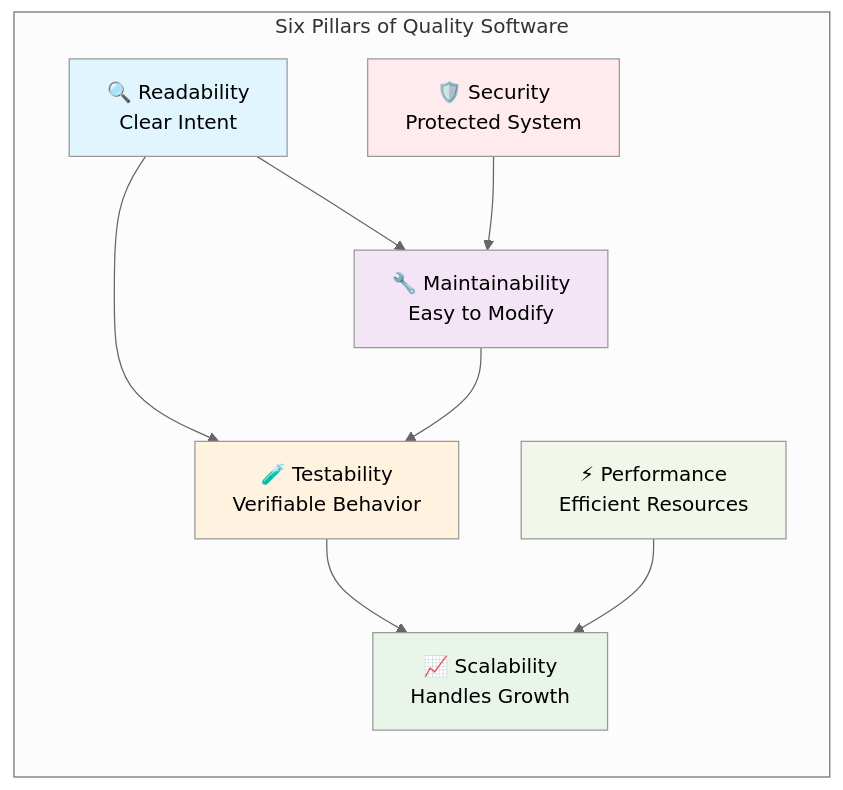
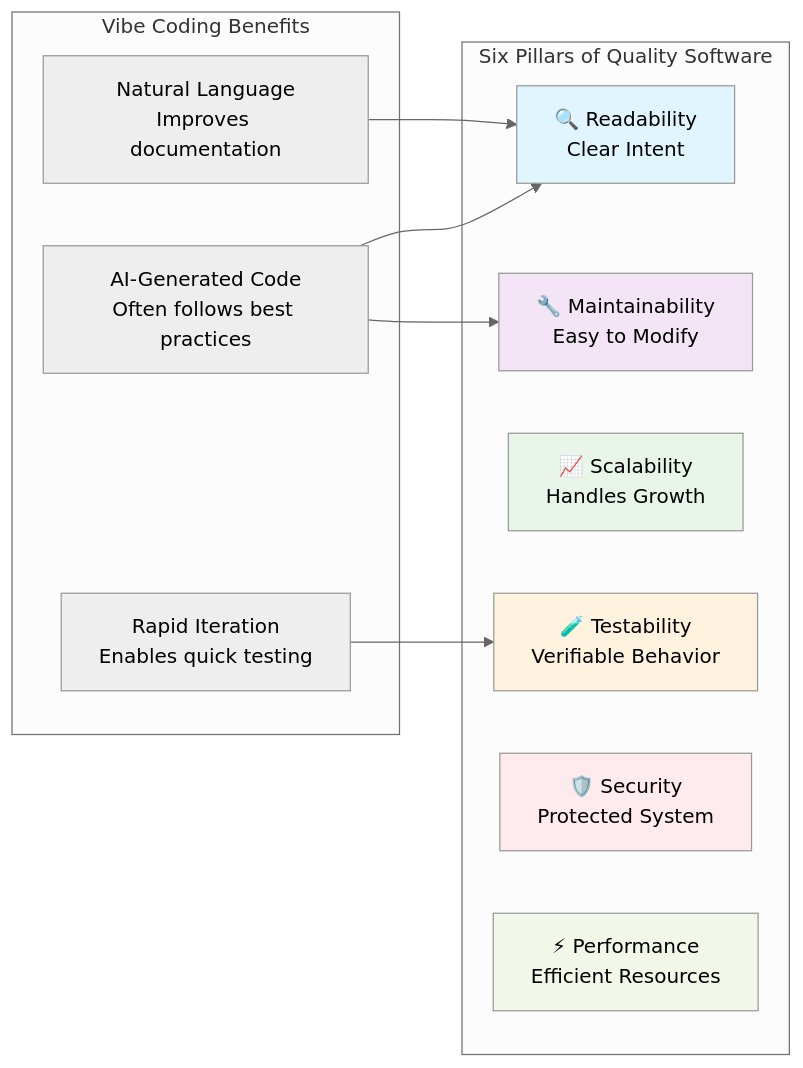
The second of 2 diagrams in chapters/chapter-01.md (hunkim/VibeSoftwareEngineering), drawn with Mermaid (neutral theme) before and after one commit. The commit also changed other lines of this file and 12 other files, not shown here.

First line of the commit message:
refactor(chapters): enhance software engineering documentation with AI-assisted coding principles

````diff
--- a/chapters/chapter-01.md
+++ b/chapters/chapter-01.md
@@ -106,25 +132,29 @@
 ```mermaid
 graph LR
     subgraph "Six Pillars of Quality Software"
         R["🔍 Readability<br/>Clear Intent"]
         M["🔧 Maintainability<br/>Easy to Modify"]
         S["📈 Scalability<br/>Handles Growth"]
         T["🧪 Testability<br/>Verifiable Behavior"]
         SEC["🛡️ Security<br/>Protected System"]
         P["⚡ Performance<br/>Efficient Resources"]
     end
     
-    R --> M
-    M --> T
-    T --> S
-    SEC --> M
-    P --> S
-    R --> T
+    subgraph "Vibe Coding Benefits"
+        AI["AI-Generated Code<br/>Often follows best practices"]
+        NL["Natural Language<br/>Improves documentation"]
+        IT["Rapid Iteration<br/>Enables quick testing"]
+    end
+    
+    AI --> R
+    AI --> M
+    NL --> R
+    IT --> T
     
     style R fill:#e1f5fe
     style M fill:#f3e5f5
     style S fill:#e8f5e8
     style T fill:#fff3e0
     style SEC fill:#ffebee
     style P fill:#f1f8e9
 ```
````
